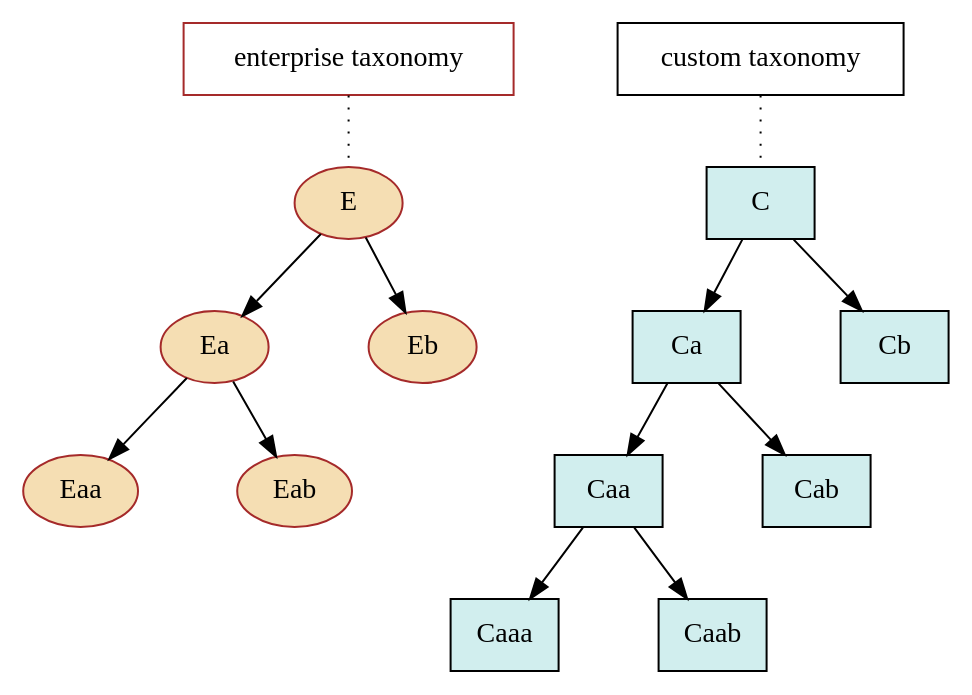
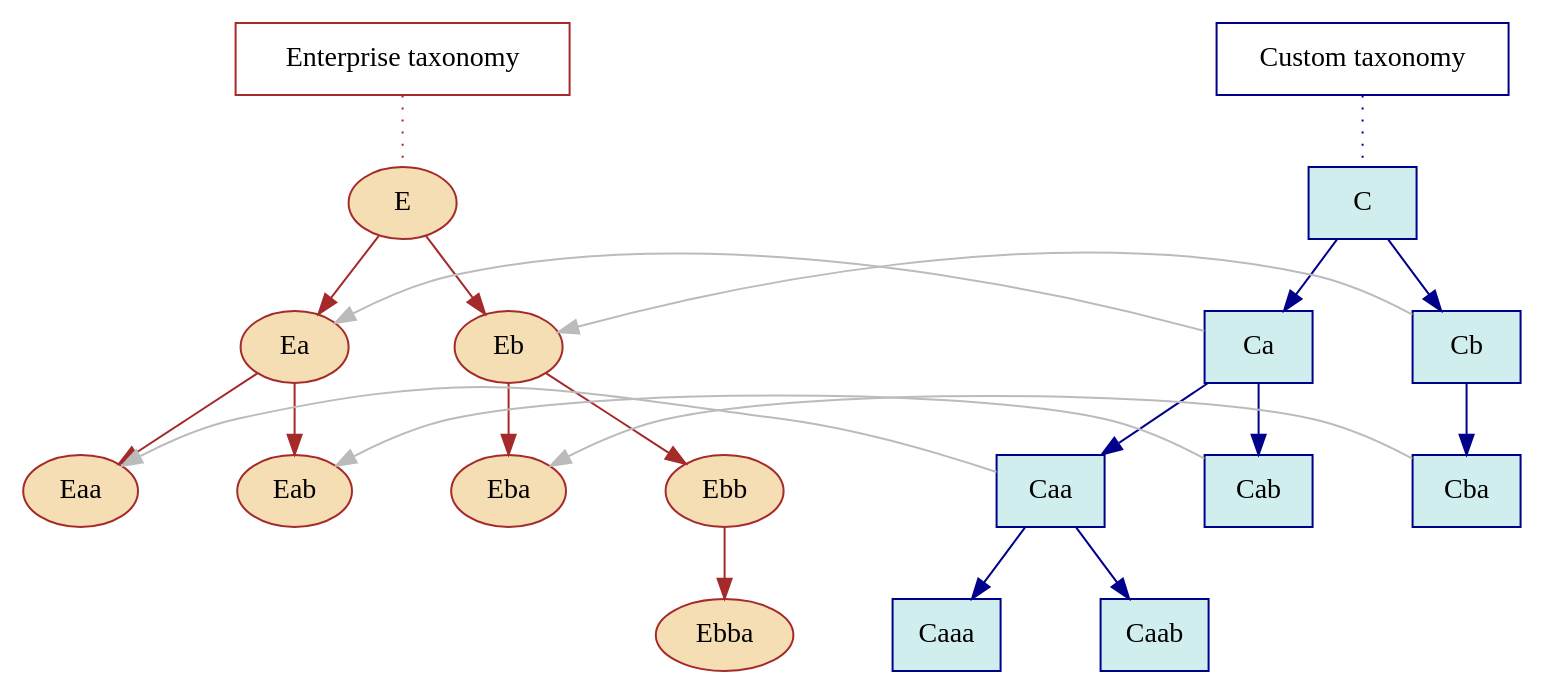
One commit to finos/waltz changed the second of 2 diagrams in docs/design/taxonomy_mapping/mapping.adoc. Above: the diagram before and after it, drawn with Graphviz. The commit also changed other lines of this file and 1 other file, not shown here.

First line of the commit message:
Documenting possible approaches to taxonomy management

```diff
--- a/docs/design/taxonomy_mapping/mapping.adoc
+++ b/docs/design/taxonomy_mapping/mapping.adoc
@@ -60,33 +99,48 @@
-[graphviz, distinct1, svg]
+[graphviz, distinct, svg]
 ----
 digraph A {
     nodesep=0.7;
 
     subgraph ent {
         node [style=filled,fillcolor=wheat,color=brown,shape=oval];
+        edge [color=brown];
 
-        Er [label="enterprise taxonomy", shape=rectangle, fillcolor=none];
+        Er [label="Enterprise taxonomy", shape=rectangle, fillcolor=none];
         Er -> E [style=dotted, arrowhead=none]
 
         E -> Ea;
         E -> Eb;
         Ea -> Eaa;
         Ea -> Eab;
+
+        Eb -> Eba;
+        Eb -> Ebb;
+        Ebb -> Ebba;
     }
 
     subgraph custom {
-        node [style=filled,fillcolor=lightcyan2, color=darblue, shape=rect];
+        node [style=filled,fillcolor=lightcyan2, color=darkblue, shape=rect];
+        edge [color=darkblue];
 
-        Cr [label="custom taxonomy", shape=rectangle, fillcolor=none];
+        Cr [label="Custom taxonomy", shape=rectangle, fillcolor=none];
         Cr -> C [style=dotted, arrowhead=none]
 
         C -> Ca;
         C -> Cb;
         Ca -> Caa;
         Ca -> Cab;
         Caa -> Caaa;
         Caa -> Caab;
+        Cb -> Cba;
     }
 
+    subgraph map {
+      edge [color="#bbbbbb", constraint=false];
+      Ca -> Ea;
+      Caa -> Eaa;
+      Cab -> Eab;
+      Cb -> Eb;
+      Cba -> Eba;
+  }
 }
 ----
```
